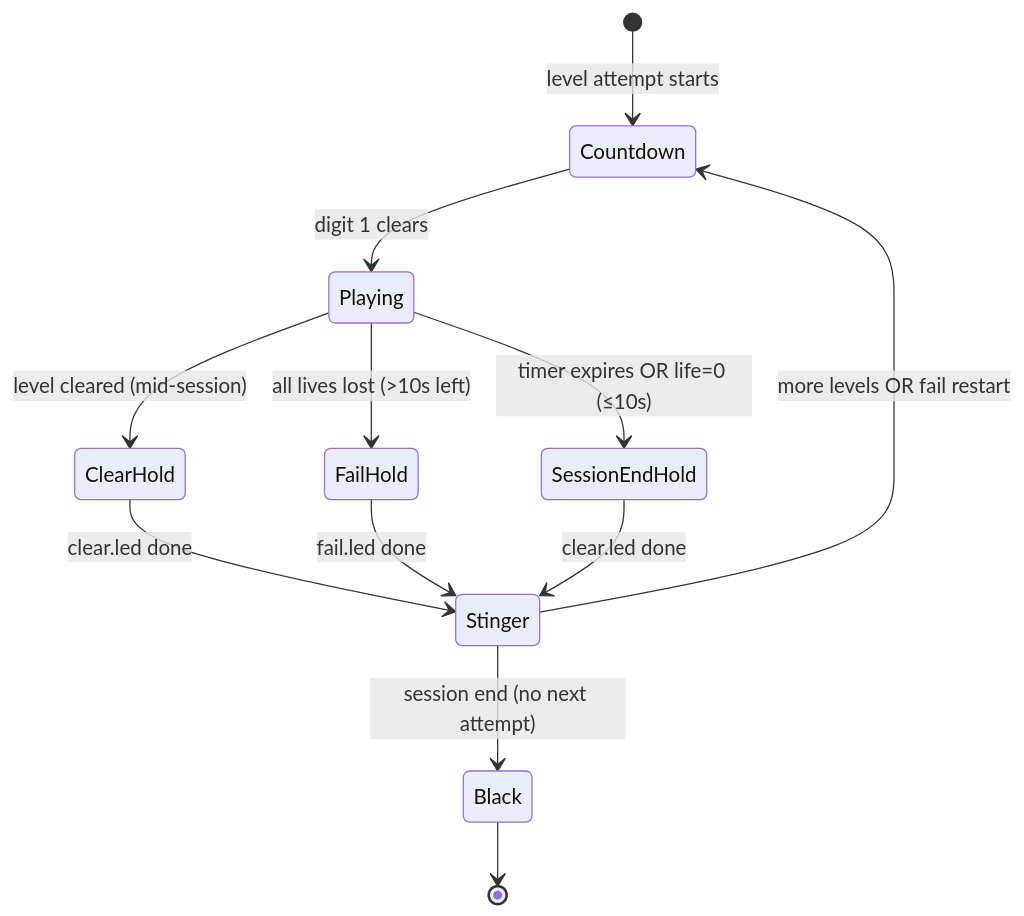
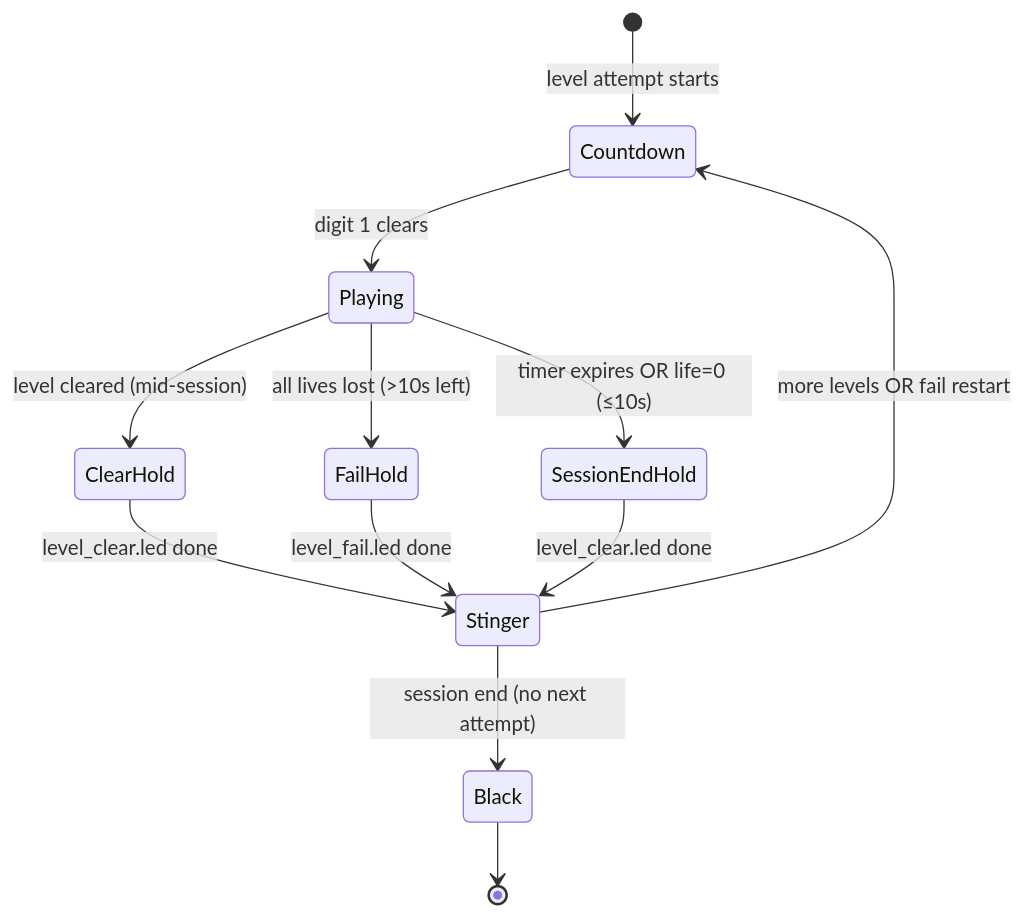
Before and after one commit to LedVerseGameSimulators/led-grid: the diagram in docs/EFFECTS_IMPLEMENTATION_PLAN.md, drawn with Mermaid. The commit also changed other lines of this file, not shown here.

````diff
--- a/docs/EFFECTS_IMPLEMENTATION_PLAN.md
+++ b/docs/EFFECTS_IMPLEMENTATION_PLAN.md
@@ -109,14 +112,14 @@
 ```mermaid
 stateDiagram-v2
     [*] --> Countdown: level attempt starts
     Countdown --> Playing: digit 1 clears
     Playing --> ClearHold: level cleared (mid-session)
     Playing --> FailHold: all lives lost (>10s left)
     Playing --> SessionEndHold: timer expires OR life=0 (≤10s)
-    ClearHold --> Stinger: clear.led done
-    FailHold --> Stinger: fail.led done
-    SessionEndHold --> Stinger: clear.led done
+    ClearHold --> Stinger: level_clear.led done
+    FailHold --> Stinger: level_fail.led done
+    SessionEndHold --> Stinger: level_clear.led done
     Stinger --> Countdown: more levels OR fail restart
     Stinger --> Black: session end (no next attempt)
     Black --> [*]
 ```
````
